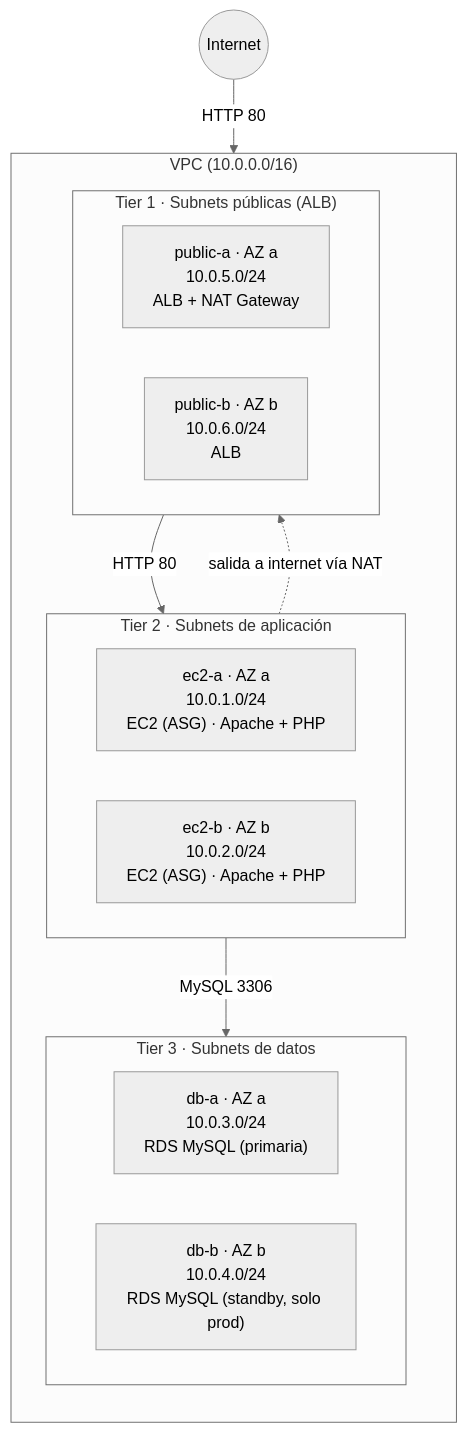
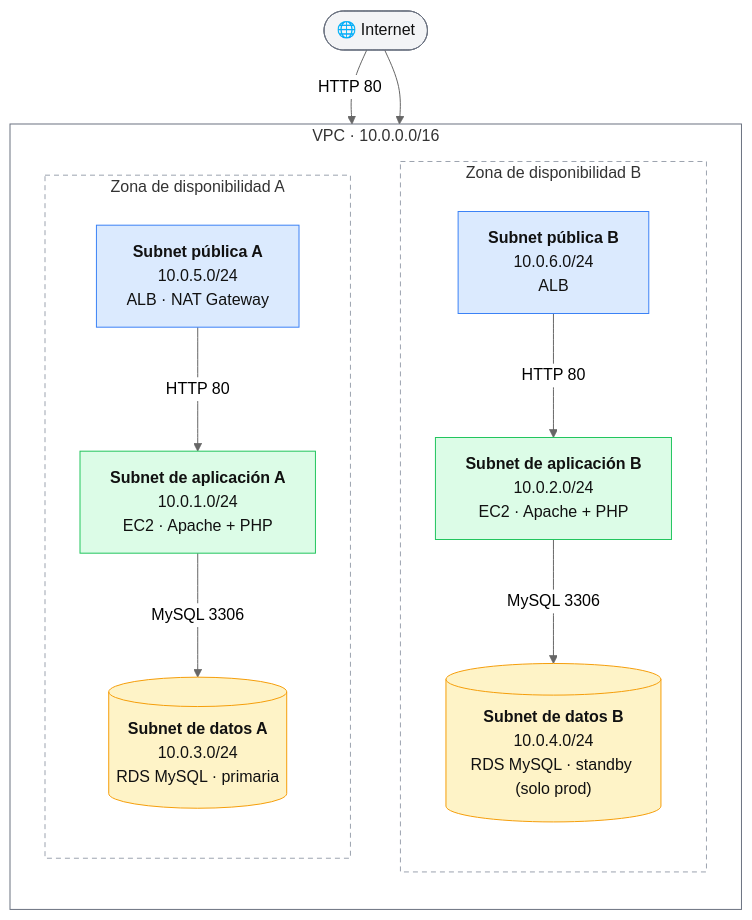
One commit to CarlesTerolAnduix/3tierwebapp changed the diagram in README.md. Above: the diagram before and after it, drawn with Mermaid (neutral theme). The commit also changed other lines of this file, not shown here.

Commit message:
Update README with SSM access

````diff
--- a/README.md
+++ b/README.md
@@ -9,27 +9,37 @@
 ```mermaid
 flowchart TB
-    Internet((Internet)) -->|HTTP 80| Public
+    Internet(["🌐 Internet"])
 
-    subgraph VPC["VPC (10.0.0.0/16)"]
+    subgraph VPC["VPC · 10.0.0.0/16"]
         direction TB
-        subgraph Public["Tier 1 · Subnets públicas (ALB)"]
-            direction LR
-            PubA["public-a · AZ a<br/>10.0.5.0/24<br/>ALB + NAT Gateway"]
-            PubB["public-b · AZ b<br/>10.0.6.0/24<br/>ALB"]
+        subgraph AZB["Zona de disponibilidad B"]
+            direction TB
+            PubB["<b>Subnet pública B</b><br/>10.0.6.0/24<br/>ALB"]
+            AppB["<b>Subnet de aplicación B</b><br/>10.0.2.0/24<br/>EC2 · Apache + PHP"]
+            DbB[("<b>Subnet de datos B</b><br/>10.0.4.0/24<br/>RDS MySQL · standby (solo prod)")]
+            PubB -->|HTTP 80| AppB -->|MySQL 3306| DbB
         end
-        subgraph App["Tier 2 · Subnets de aplicación"]
-            direction LR
-            AppA["ec2-a · AZ a<br/>10.0.1.0/24<br/>EC2 (ASG) · Apache + PHP"]
-            AppB["ec2-b · AZ b<br/>10.0.2.0/24<br/>EC2 (ASG) · Apache + PHP"]
-        end
-        subgraph Data["Tier 3 · Subnets de datos"]
-            direction LR
-            DbA["db-a · AZ a<br/>10.0.3.0/24<br/>RDS MySQL (primaria)"]
-            DbB["db-b · AZ b<br/>10.0.4.0/24<br/>RDS MySQL (standby, solo prod)"]
+        subgraph AZA["Zona de disponibilidad A"]
+            direction TB
+            PubA["<b>Subnet pública A</b><br/>10.0.5.0/24<br/>ALB · NAT Gateway"]
+            AppA["<b>Subnet de aplicación A</b><br/>10.0.1.0/24<br/>EC2 · Apache + PHP"]
+            DbA[("<b>Subnet de datos A</b><br/>10.0.3.0/24<br/>RDS MySQL · primaria")]
+            PubA -->|HTTP 80| AppA -->|MySQL 3306| DbA
         end
     end
 
-    Public -->|HTTP 80| App
-    App -->|MySQL 3306| Data
-    App -.->|salida a internet vía NAT| Public
+    Internet -->|HTTP 80| PubA
+    Internet --> PubB
+
+    classDef pub fill:#dbeafe,stroke:#3b82f6,color:#111
+    classDef app fill:#dcfce7,stroke:#22c55e,color:#111
+    classDef db fill:#fef3c7,stroke:#f59e0b,color:#111
+    classDef net fill:#f3f4f6,stroke:#6b7280,color:#111
+    class PubA,PubB pub
+    class AppA,AppB app
+    class DbA,DbB db
+    class Internet net
+    style VPC fill:none,stroke:#6b7280
+    style AZA fill:none,stroke:#9ca3af,stroke-dasharray:5 4
+    style AZB fill:none,stroke:#9ca3af,stroke-dasharray:5 4
 ```
````
